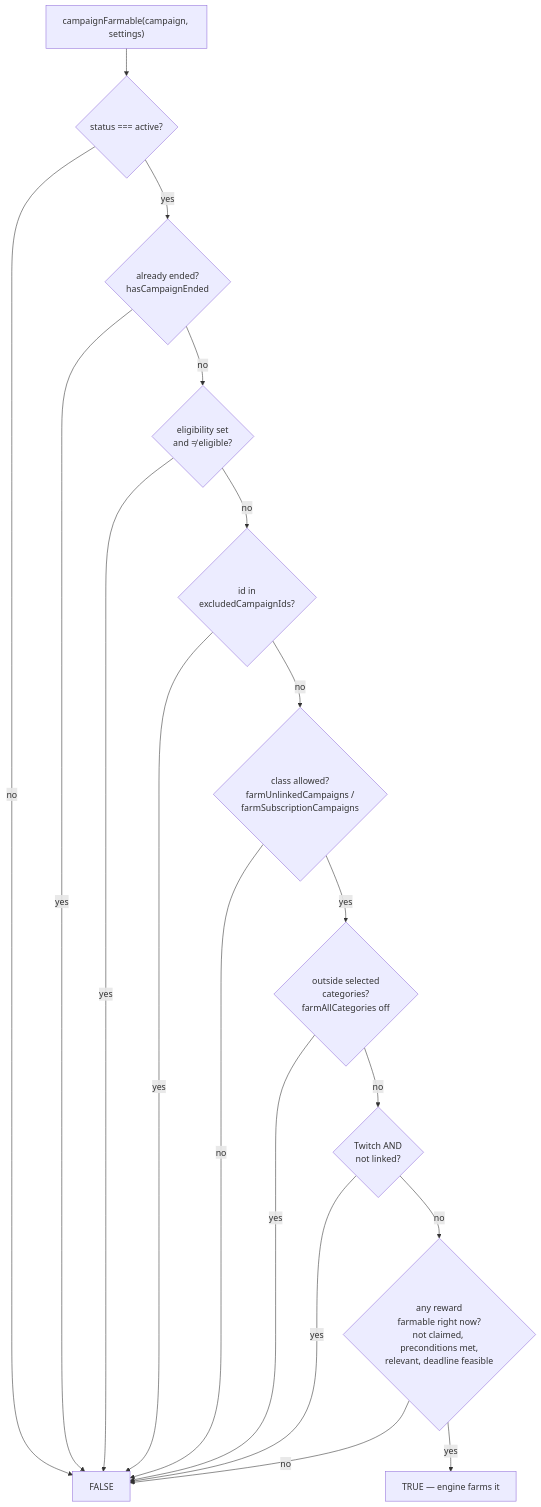
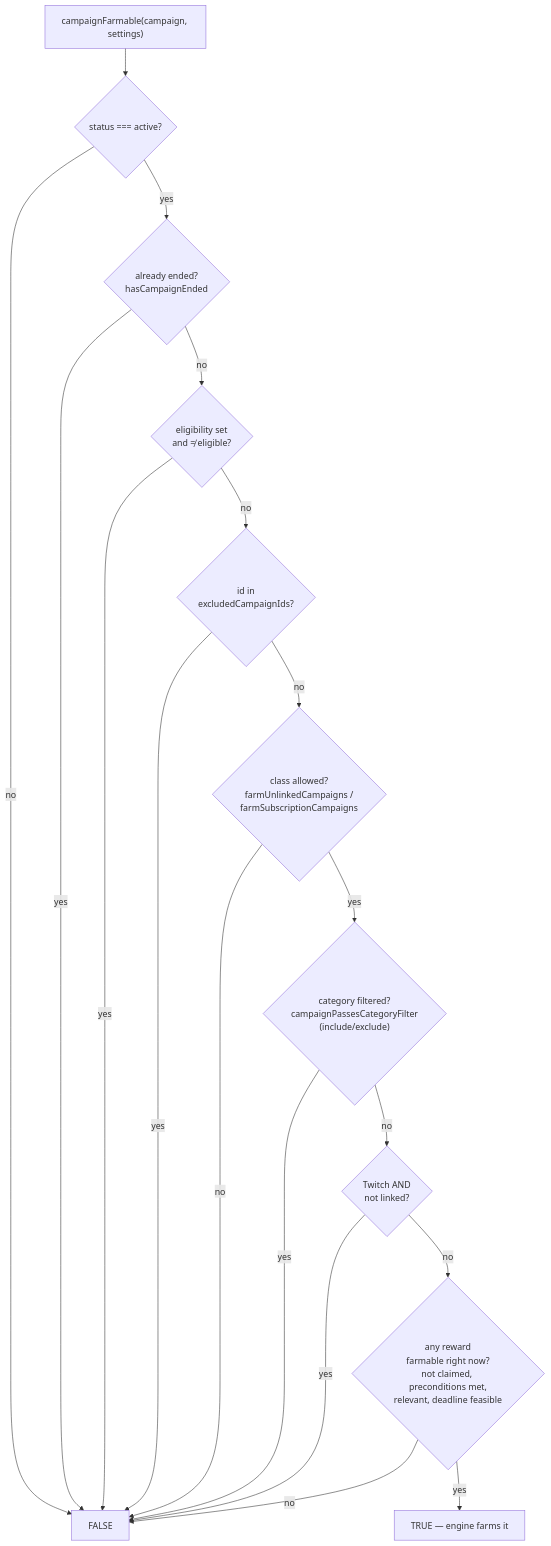
The first of 2 diagrams in docs/campaign-farmability-visibility.md (jamezrin/lurkloot), drawn with Mermaid before and after one commit. The commit also changed 40 other files, not shown here.

````diff
--- a/docs/campaign-farmability-visibility.md
+++ b/docs/campaign-farmability-visibility.md
@@ -17,20 +17,20 @@
 ```mermaid
 flowchart TD
     A["campaignFarmable(campaign, settings)"] --> B{"status === active?"}
     B -- no --> N1["FALSE"]
     B -- yes --> C{"already ended?<br/>hasCampaignEnded"}
     C -- yes --> N1
     C -- no --> D{"eligibility set<br/>and ≠ eligible?"}
     D -- yes --> N1
     D -- no --> E{"id in<br/>excludedCampaignIds?"}
     E -- yes --> N1
     E -- no --> F{"class allowed?<br/>farmUnlinkedCampaigns /<br/>farmSubscriptionCampaigns"}
     F -- no --> N1
-    F -- yes --> G{"outside selected<br/>categories?<br/>farmAllCategories off"}
+    F -- yes --> G{"category filtered?<br/>campaignPassesCategoryFilter<br/>(include/exclude)"}
     G -- yes --> N1
     G -- no --> H{"Twitch AND<br/>not linked?"}
     H -- yes --> N1
     H -- no --> I{"any reward<br/>farmable right now?<br/>not claimed, preconditions met,<br/>relevant, deadline feasible"}
     I -- no --> N1
     I -- yes --> Y1["TRUE — engine farms it"]
 ```
````
